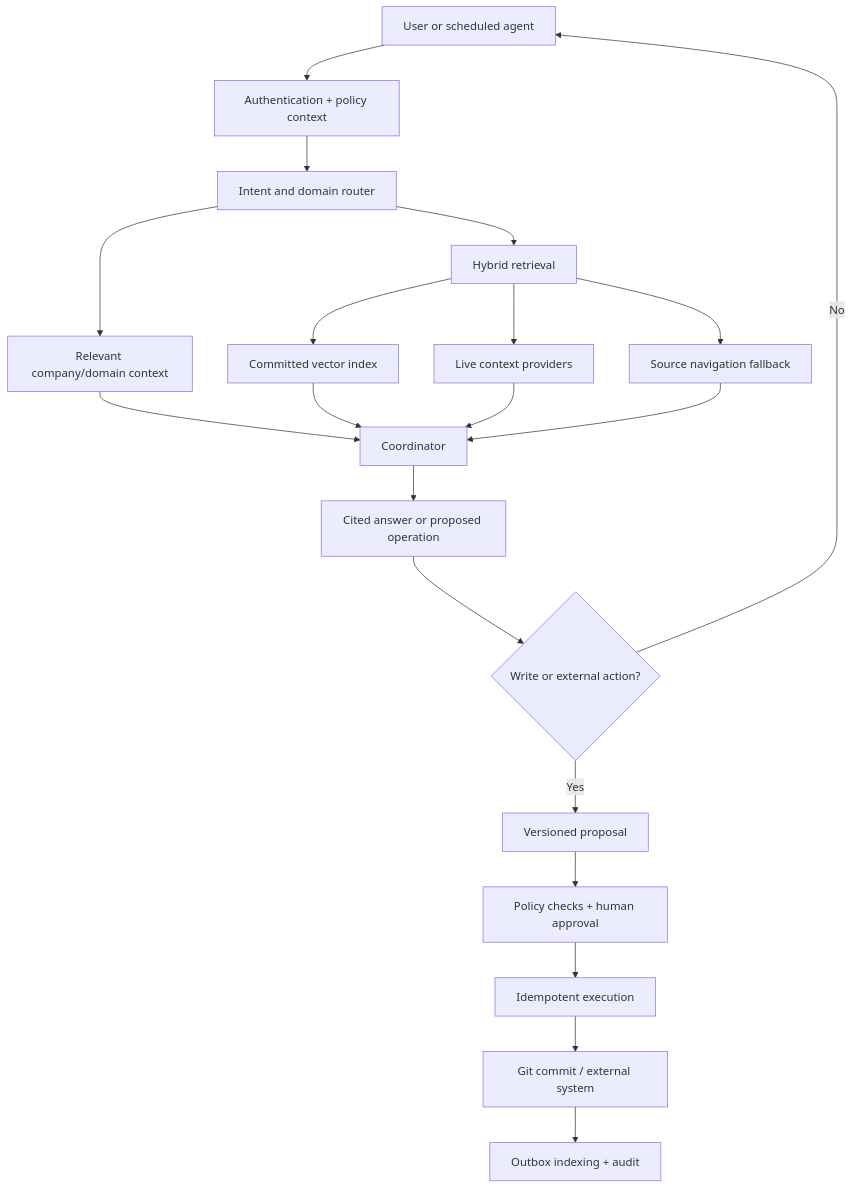
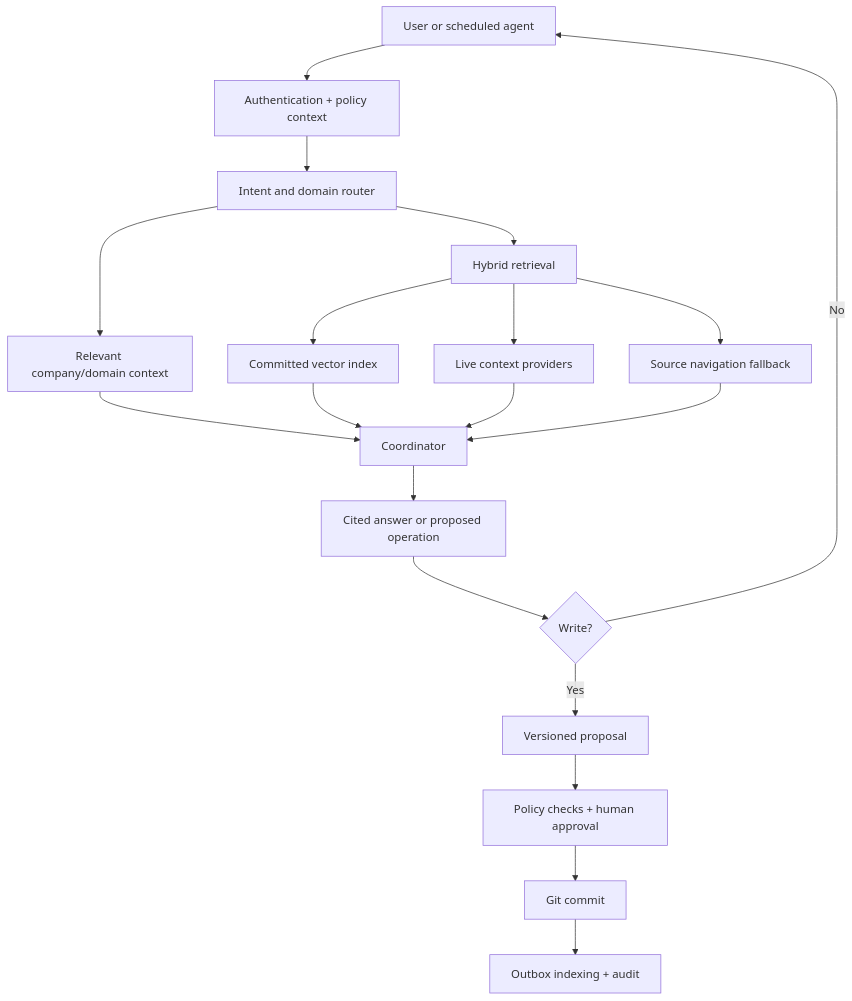
One commit to asmeet3/grasp changed the diagram in Implementation-Plan.md. Above: the diagram before and after it, drawn with Mermaid. The commit also changed other lines of this file and 24 other files, not shown here.

````diff
--- a/Implementation-Plan.md
+++ b/Implementation-Plan.md
@@ -7,23 +7,22 @@
 ```mermaid
 flowchart TD
     U["User or scheduled agent"] --> A["Authentication + policy context"]
     A --> R["Intent and domain router"]
     R --> C["Relevant company/domain context"]
     R --> H["Hybrid retrieval"]
     H --> V["Committed vector index"]
     H --> P["Live context providers"]
     H --> N["Source navigation fallback"]
     C --> Q["Coordinator"]
     V --> Q
     P --> Q
     N --> Q
     Q --> O["Cited answer or proposed operation"]
 
-    O --> W{"Write or external action?"}
+    O --> W{"Write?"}
     W -->|"No"| U
     W -->|"Yes"| X["Versioned proposal"]
     X --> Y["Policy checks + human approval"]
-    Y --> Z["Idempotent execution"]
-    Z --> G["Git commit / external system"]
+    Y --> G["Git commit"]
     G --> B["Outbox indexing + audit"]
 ```
````
